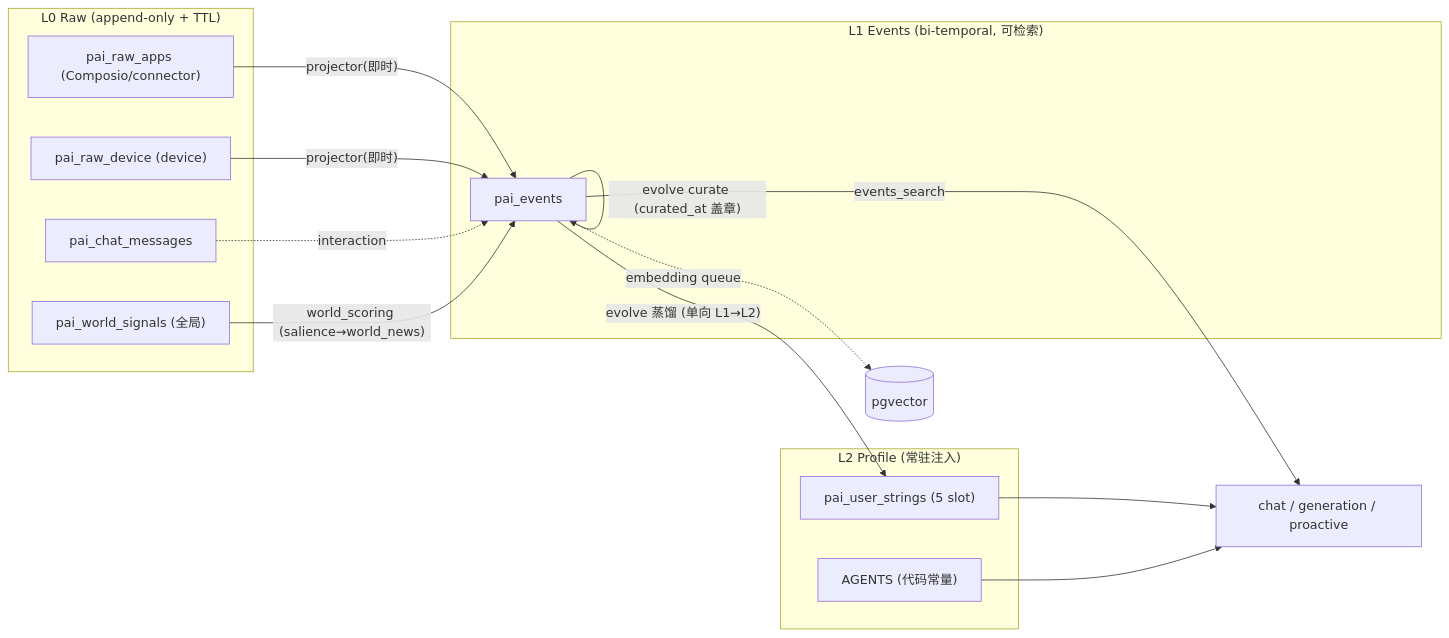
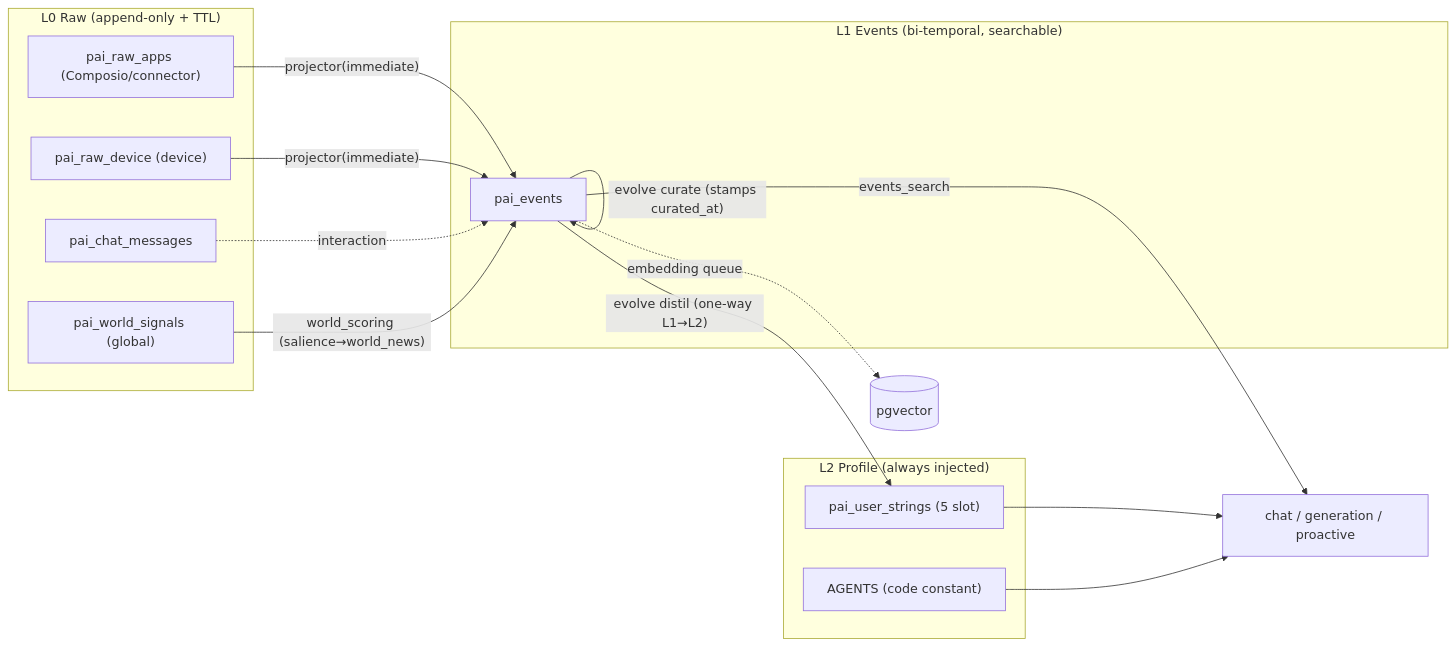
One commit to Edge-AI-HQ/proactive-assistant changed the diagram in docs/modules/memory.mdx. Above: the diagram before and after it, drawn with Mermaid. The commit also changed other lines of this file and 12 other files, not shown here.

````diff
--- a/docs/modules/memory.mdx
+++ b/docs/modules/memory.mdx
@@ -24,26 +24,26 @@
 ```mermaid
 flowchart LR
   subgraph L0["L0 Raw (append-only + TTL)"]
     Apps["pai_raw_apps (Composio/connector)"]
     Device["pai_raw_device (device)"]
     Chat["pai_chat_messages"]
-    WS["pai_world_signals (全局)"]
+    WS["pai_world_signals (global)"]
   end
-  subgraph L1["L1 Events (bi-temporal, 可检索)"]
+  subgraph L1["L1 Events (bi-temporal, searchable)"]
     Ev["pai_events"]
   end
-  subgraph L2["L2 Profile (常驻注入)"]
+  subgraph L2["L2 Profile (always injected)"]
     US["pai_user_strings (5 slot)"]
-    AG["AGENTS (代码常量)"]
+    AG["AGENTS (code constant)"]
   end
-  Apps -- projector(即时) --> Ev
-  Device -- projector(即时) --> Ev
+  Apps -- projector(immediate) --> Ev
+  Device -- projector(immediate) --> Ev
   Chat -. interaction .-> Ev
   WS -- "world_scoring (salience→world_news)" --> Ev
-  Ev -- "evolve curate (curated_at 盖章)" --> Ev
-  Ev -- "evolve 蒸馏 (单向 L1→L2)" --> US
+  Ev -- "evolve curate (stamps curated_at)" --> Ev
+  Ev -- "evolve distil (one-way L1→L2)" --> US
   Ev -- events_search --> Agent["chat / generation / proactive"]
   US --> Agent
   AG --> Agent
   Ev -. embedding queue .-> Vec[("pgvector")]
 ```
````
